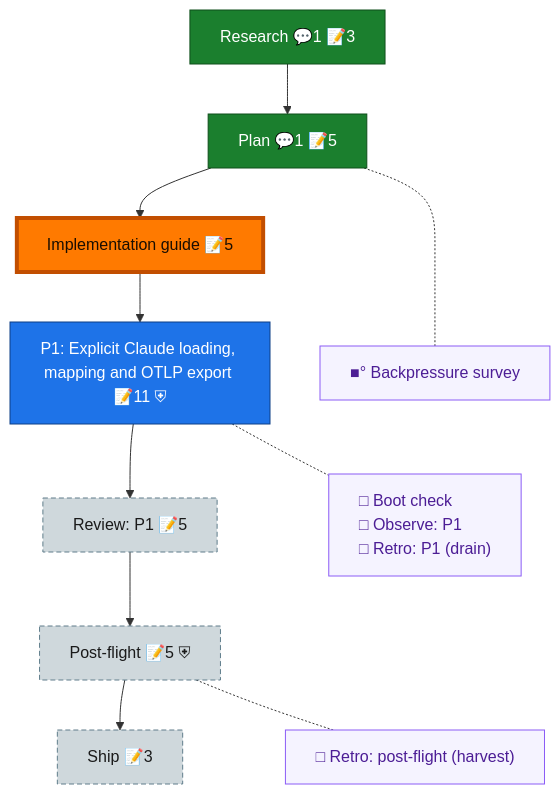
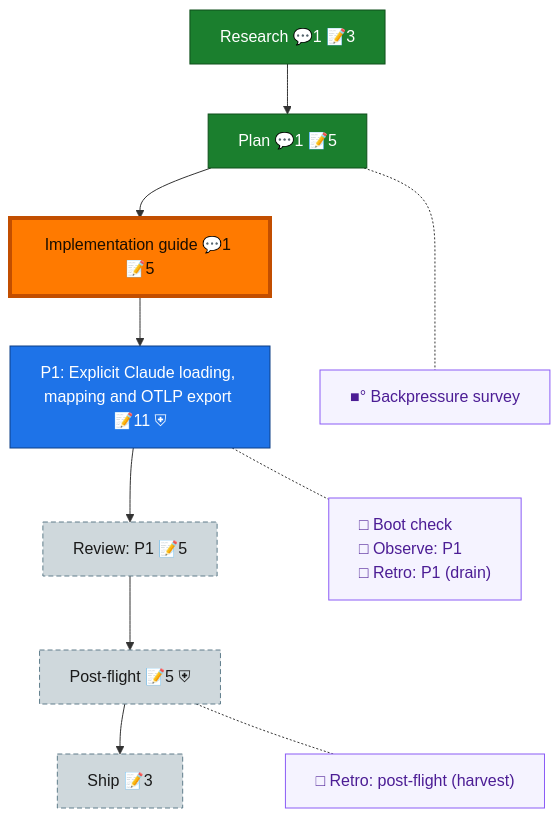
One commit to AI-Substrate/Unisphere changed the diagram in docs/plans/005-claude-session-pipeline/the-flow.md. Above: the diagram before and after it, drawn with Mermaid. The commit also changed other lines of this file and 23 other files, not shown here.

````diff
--- a/docs/plans/005-claude-session-pipeline/the-flow.md
+++ b/docs/plans/005-claude-session-pipeline/the-flow.md
@@ -8,32 +8,32 @@
 ```mermaid
 flowchart TD
     research["Research 💬1 📝3"]:::done
     plan["Plan 💬1 📝5"]:::done
-    impl_guide["Implementation guide 📝5"]:::wip
+    impl_guide["Implementation guide 💬1 📝5"]:::wip
     phase_1["P1: Explicit Claude loading, mapping and OTLP export 📝11 ⛨"]:::known
     review_1["Review: P1 📝5"]:::assumed
     post_flight["Post-flight 📝5 ⛨"]:::assumed
     ship["Ship 📝3"]:::assumed
 
     research --> plan --> impl_guide --> phase_1 --> review_1 --> post_flight --> ship
 
     planC["■° Backpressure survey"]:::chore
     phase_1C["□ Boot check<br/>□ Observe: P1<br/>□ Retro: P1 (drain)"]:::chore
     post_flightC["□ Retro: post-flight (harvest)"]:::chore
 
     %% invisible chain holds the gutter boxes in their own column
     planC ~~~ phase_1C ~~~ post_flightC
 
     %% dotted links pull each gutter box beside its node
     plan -.- planC
     phase_1 -.- phase_1C
     post_flight -.- post_flightC
 
     classDef done fill:#1B7F2E,stroke:#0F4F1B,color:#fff;
     classDef wip fill:#43C04A,stroke:#1B7F2E,color:#04210A;
     classDef known fill:#1E73E8,stroke:#0D3F86,color:#fff;
     classDef assumed fill:#CFD8DC,stroke:#607D8B,color:#1a1a1a,stroke-dasharray:5 3;
     classDef chore fill:#f5f3ff,stroke:#8b5cf6,color:#4c1d95,text-align:left;
     classDef current fill:#FF7A00,stroke:#C24E00,color:#1a0e00,stroke-width:4px;
     class impl_guide current;
 ```
````
